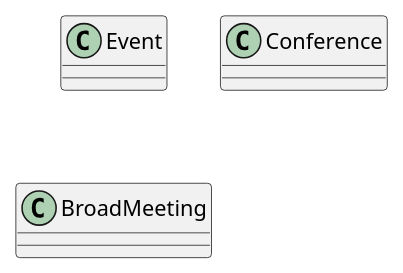
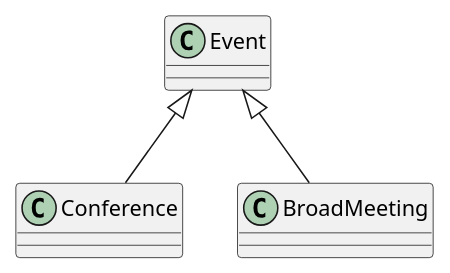
One commit to CorazaNegra/UMLClasesFSP changed the diagram in Practica_Diagramas_UML.puml. Above: the diagram before and after it, drawn with PlantUML.

Commit message:
Relación jerarquica clases E,C,BM

```diff
--- a/Practica_Diagramas_UML.puml
+++ b/Practica_Diagramas_UML.puml
@@ -1,15 +1,20 @@
 @startuml
 
 class Event{
 
 }
 
 class Conference{
 
 }
 
 class BroadMeeting{
 
 }
 
+Event <|-- Conference
+Event <|-- BroadMeeting
+
+
+
 @enduml
```
